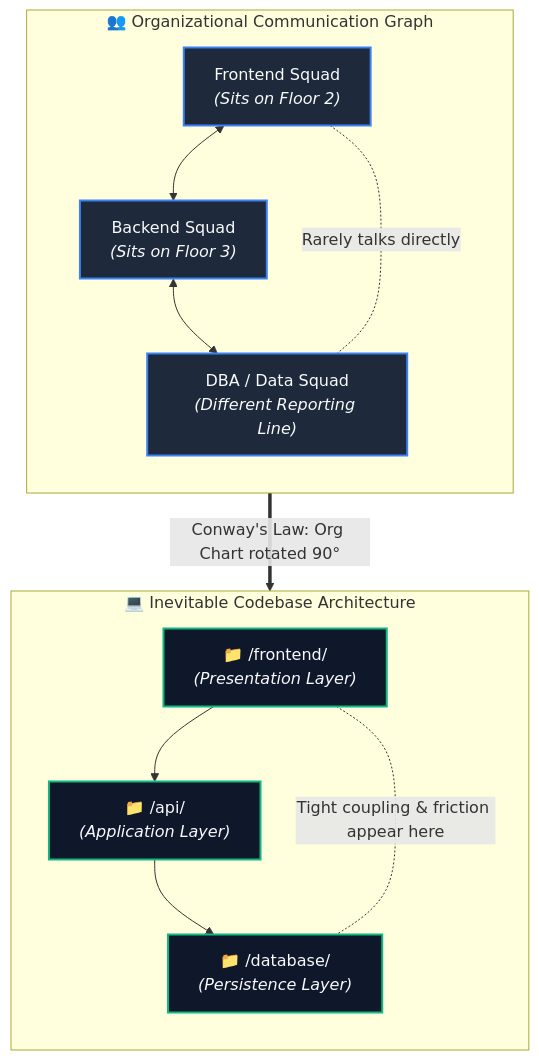
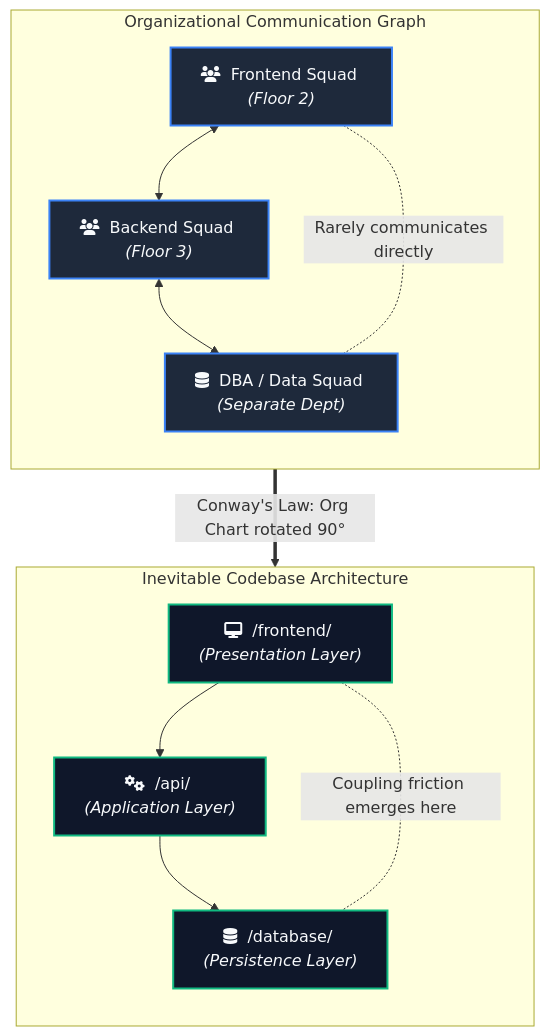
The first of 4 diagrams in 01-filestructure/README.md (Dustu103/system-design), drawn with Mermaid before and after one commit. The commit also changed other lines of this file and 1 other file, not shown here.

````diff
--- a/01-filestructure/README.md
+++ b/01-filestructure/README.md
@@ -17,23 +17,23 @@
 ```mermaid
 flowchart TD
-    subgraph ORG["👥 Organizational Communication Graph"]
+    subgraph ORG["Organizational Communication Graph"]
         direction TB
-        F["Frontend Squad<br/><i>(Sits on Floor 2)</i>"] <--> B["Backend Squad<br/><i>(Sits on Floor 3)</i>"]
-        B <--> D["DBA / Data Squad<br/><i>(Different Reporting Line)</i>"]
-        F -. "Rarely talks directly" .- D
+        F["fa:fa-users &nbsp;Frontend Squad&nbsp;<br/><i>(Floor 2)</i>"] <--> B["fa:fa-users &nbsp;Backend Squad&nbsp;<br/><i>(Floor 3)</i>"]
+        B <--> D["fa:fa-database &nbsp;DBA / Data Squad&nbsp;<br/><i>(Separate Dept)</i>"]
+        F -.-|"Rarely communicates directly"| D
     end
 
-    subgraph CODE["💻 Inevitable Codebase Architecture"]
+    subgraph CODE["Inevitable Codebase Architecture"]
         direction TB
-        UI["📁 /frontend/<br/><i>(Presentation Layer)</i>"] --> API["📁 /api/<br/><i>(Application Layer)</i>"]
-        API --> DB["📁 /database/<br/><i>(Persistence Layer)</i>"]
-        UI -. "Tight coupling & friction appear here" .- DB
+        UI["fa:fa-desktop &nbsp;/frontend/&nbsp;<br/><i>(Presentation Layer)</i>"] --> API["fa:fa-cogs &nbsp;/api/&nbsp;<br/><i>(Application Layer)</i>"]
+        API --> DB["fa:fa-database &nbsp;/database/&nbsp;<br/><i>(Persistence Layer)</i>"]
+        UI -.-|"Coupling friction emerges here"| DB
     end
 
     ORG ==>|"Conway's Law: Org Chart rotated 90°"| CODE
 
     classDef orgClass fill:#1e293b,stroke:#3b82f6,stroke-width:2px,color:#f8fafc;
     classDef codeClass fill:#0f172a,stroke:#10b981,stroke-width:2px,color:#f8fafc;
     class F,B,D orgClass;
     class UI,API,DB codeClass;
 ```
````
